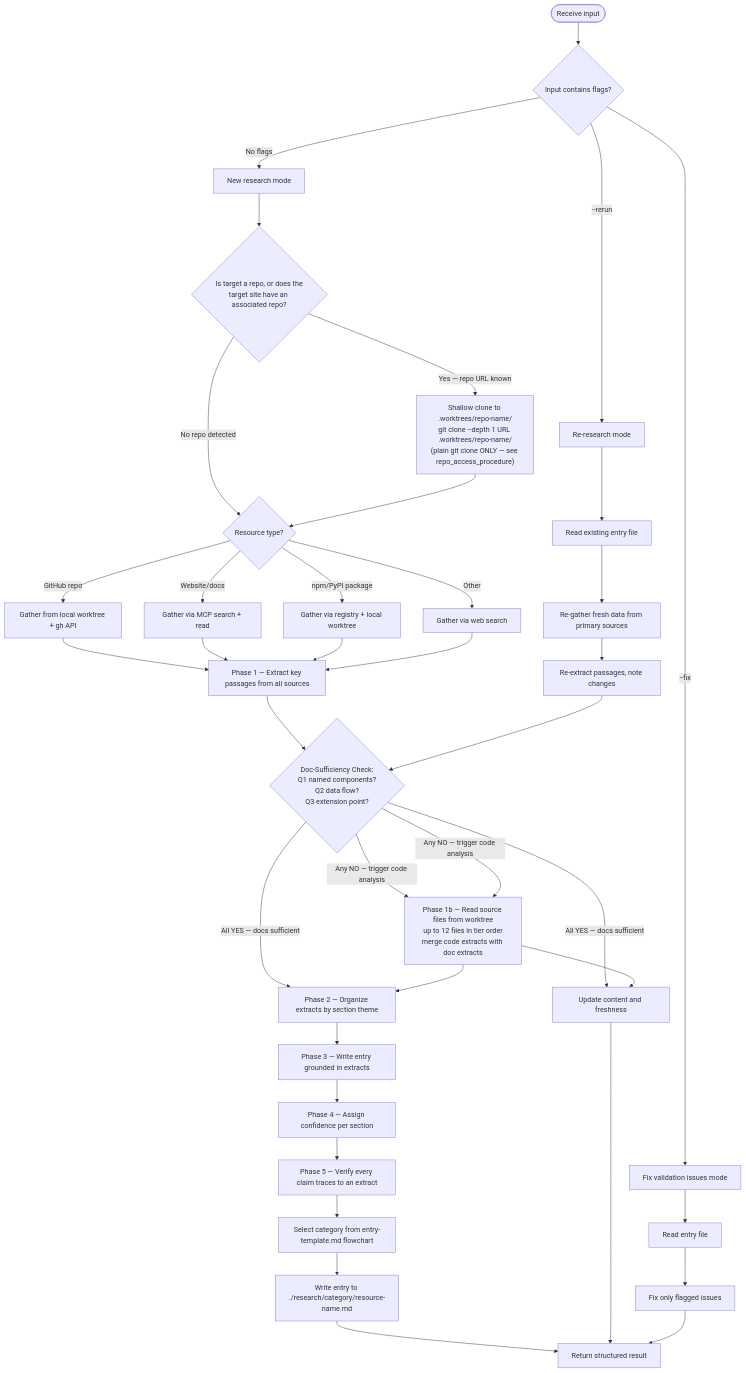
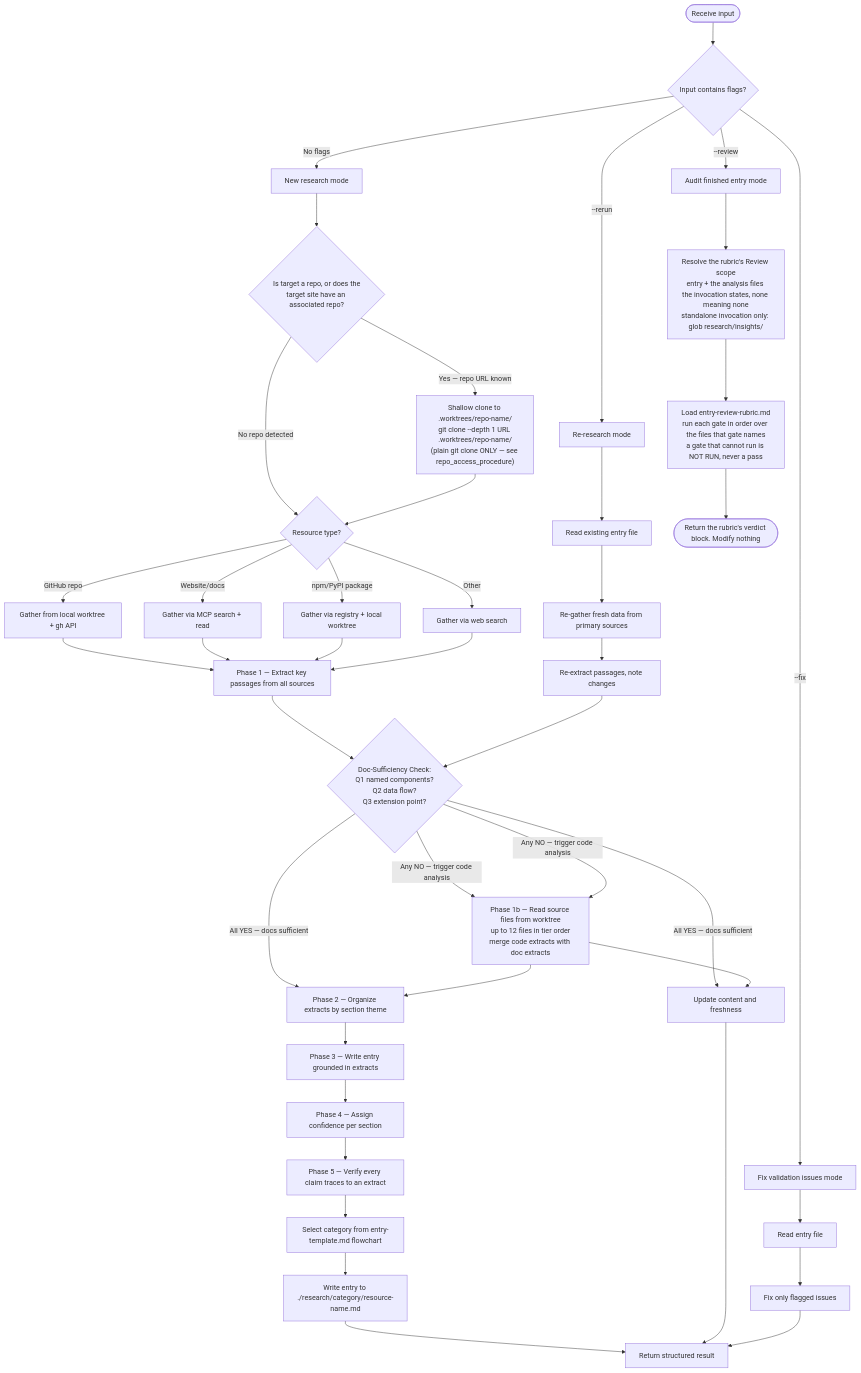
The first of 2 diagrams in .claude/agents/research-curator.md (Jamie-BitFlight/claude_skills), drawn with Mermaid before and after one commit. The commit also changed other lines of this file and 2 other files, not shown here.

First line of the commit message:
feat(research-curator): give the entry review rubric a runtime caller (#3521)

````diff
--- a/.claude/agents/research-curator.md
+++ b/.claude/agents/research-curator.md
@@ -24,46 +24,51 @@
 ```mermaid
 flowchart TD
     Start([Receive input]) --> CheckFlags{Input contains flags?}
     CheckFlags -->|--rerun| Rerun[Re-research mode]
     CheckFlags -->|--fix| Fix[Fix validation issues mode]
+    CheckFlags -->|--review| Review[Audit finished entry mode]
     CheckFlags -->|No flags| New[New research mode]
 
     New --> DetectRepo{Is target a repo, or does the<br>target site have an associated repo?}
     DetectRepo -->|"Yes — repo URL known"| Clone["Shallow clone to .worktrees/repo-name/<br>git clone --depth 1 URL .worktrees/repo-name/<br>(plain git clone ONLY — see repo_access_procedure)"]
     DetectRepo -->|"No repo detected"| Identify{Resource type?}
     Clone --> Identify{Resource type?}
 
     Identify -->|GitHub repo| GH[Gather from local worktree + gh API]
     Identify -->|Website/docs| Web[Gather via MCP search + read]
     Identify -->|npm/PyPI package| Pkg[Gather via registry + local worktree]
     Identify -->|Other| Other[Gather via web search]
 
     GH --> Extract[Phase 1 — Extract key passages from all sources]
     Web --> Extract
     Pkg --> Extract
     Other --> Extract
 
     Extract --> DocCheck{Doc-Sufficiency Check:<br>Q1 named components?<br>Q2 data flow?<br>Q3 extension point?}
     DocCheck -->|"All YES — docs sufficient"| Organize[Phase 2 — Organize extracts by section theme]
     DocCheck -->|"Any NO — trigger code analysis"| Phase1b[Phase 1b — Read source files from worktree<br>up to 12 files in tier order<br>merge code extracts with doc extracts]
     Phase1b --> Organize
     Organize --> Write[Phase 3 — Write entry grounded in extracts]
     Write --> Confidence[Phase 4 — Assign confidence per section]
     Confidence --> Validate[Phase 5 — Verify every claim traces to an extract]
     Validate --> SelectCat[Select category from entry-template.md flowchart]
     SelectCat --> WriteFile[Write entry to ./research/category/resource-name.md]
     WriteFile --> Return[Return structured result]
 
     Rerun --> ReadExisting[Read existing entry file]
     ReadExisting --> ReGather[Re-gather fresh data from primary sources]
     ReGather --> ReExtract[Re-extract passages, note changes]
     ReExtract --> DocCheck
     DocCheck -->|"All YES — docs sufficient"| UpdateEntry[Update content and freshness]
     DocCheck -->|"Any NO — trigger code analysis"| Phase1b
     Phase1b --> UpdateEntry
     UpdateEntry --> Return
 
     Fix --> ReadEntry[Read entry file]
     ReadEntry --> FixIssues[Fix only flagged issues]
     FixIssues --> Return
+
+    Review --> Scope["Resolve the rubric's Review scope<br>entry + the analysis files the invocation states, none meaning none<br>standalone invocation only: glob research/insights/"]
+    Scope --> LoadRubric["Load entry-review-rubric.md<br>run each gate in order over the files that gate names<br>a gate that cannot run is NOT RUN, never a pass"]
+    LoadRubric --> Verdict(["Return the rubric's verdict block. Modify nothing"])
 ```
````
